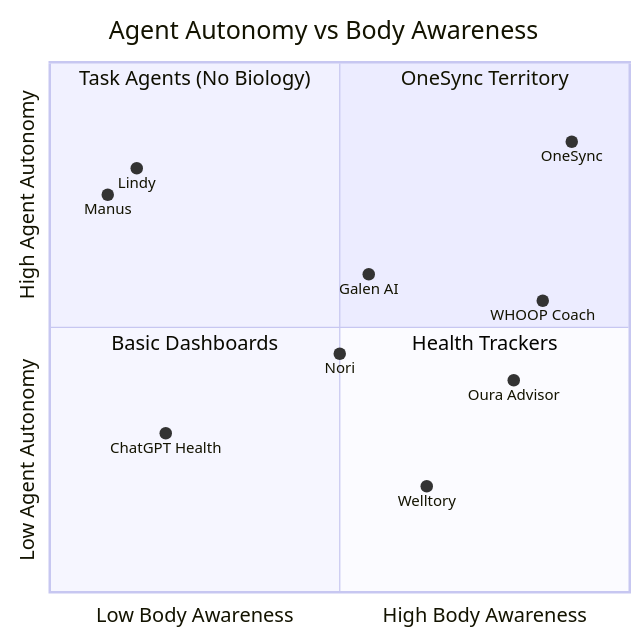
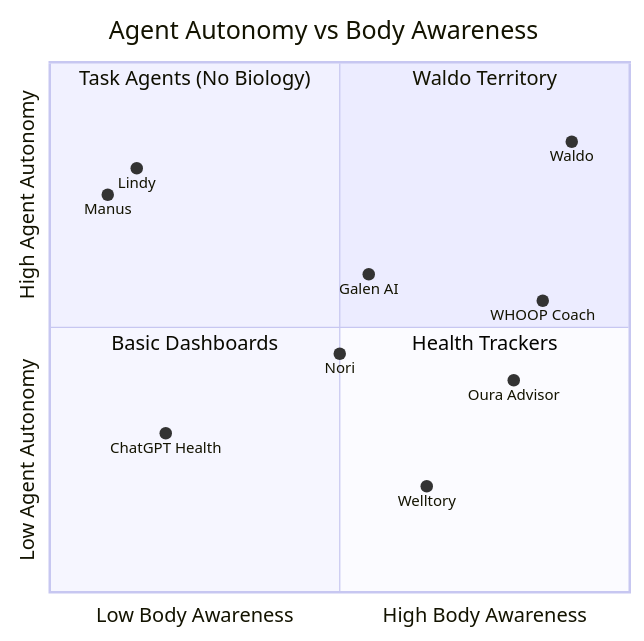
Before and after one commit to Pin4sf/Waldo: the first of 2 diagrams in docs-site/competitive-landscape.md, drawn with Mermaid. The commit also changed other lines of this file and 56 other files, not shown here.

First line of the commit message:
feat: rebrand OneSync to Waldo across entire codebase

````diff
--- a/docs-site/competitive-landscape.md
+++ b/docs-site/competitive-landscape.md
@@ -15,19 +15,19 @@
 ```mermaid
 quadrantChart
     title Agent Autonomy vs Body Awareness
     x-axis "Low Body Awareness" --> "High Body Awareness"
     y-axis "Low Agent Autonomy" --> "High Agent Autonomy"
-    quadrant-1 "OneSync Territory"
+    quadrant-1 "Waldo Territory"
     quadrant-2 "Task Agents (No Biology)"
     quadrant-3 "Basic Dashboards"
     quadrant-4 "Health Trackers"
     Lindy: [0.15, 0.80]
     Manus: [0.10, 0.75]
     ChatGPT Health: [0.20, 0.30]
     WHOOP Coach: [0.85, 0.55]
     Oura Advisor: [0.80, 0.40]
     Welltory: [0.65, 0.20]
     Nori: [0.50, 0.45]
     Galen AI: [0.55, 0.60]
-    OneSync: [0.90, 0.85]
+    Waldo: [0.90, 0.85]
 ```
````
